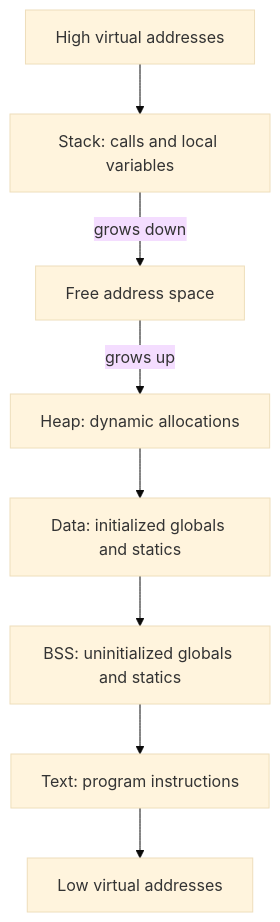
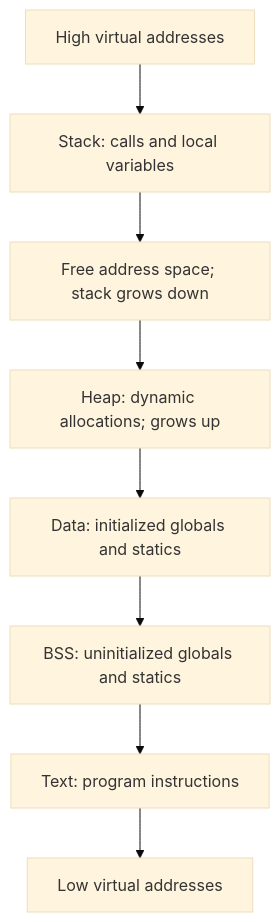
Before and after one commit to SantasHelperOwo/250660Atipshrestha-Labs: the first of 6 diagrams in lab-03/report.md, drawn with Mermaid (base theme). The commit also changed other lines of this file, not shown here.

Commit message:
docs(lab-03): fix address typo and add segment table

````diff
--- a/lab-03/report.md
+++ b/lab-03/report.md
@@ -15,10 +15,10 @@
 ```mermaid
 flowchart TD
-    H[High virtual addresses] --> S[Stack: calls and local variables]
-    S -->|grows down| G[Free address space]
-    G -->|grows up| HP[Heap: dynamic allocations]
-    HP --> D[Data: initialized globals and statics]
-    D --> B[BSS: uninitialized globals and statics]
-    B --> T[Text: program instructions]
-    T --> L[Low virtual addresses]
+    H["High virtual addresses"] --> S["Stack: calls and local variables"]
+    S --> G["Free address space; stack grows down"]
+    G --> HP["Heap: dynamic allocations; grows up"]
+    HP --> D["Data: initialized globals and statics"]
+    D --> B["BSS: uninitialized globals and statics"]
+    B --> T["Text: program instructions"]
+    T --> L["Low virtual addresses"]
 ```
````
